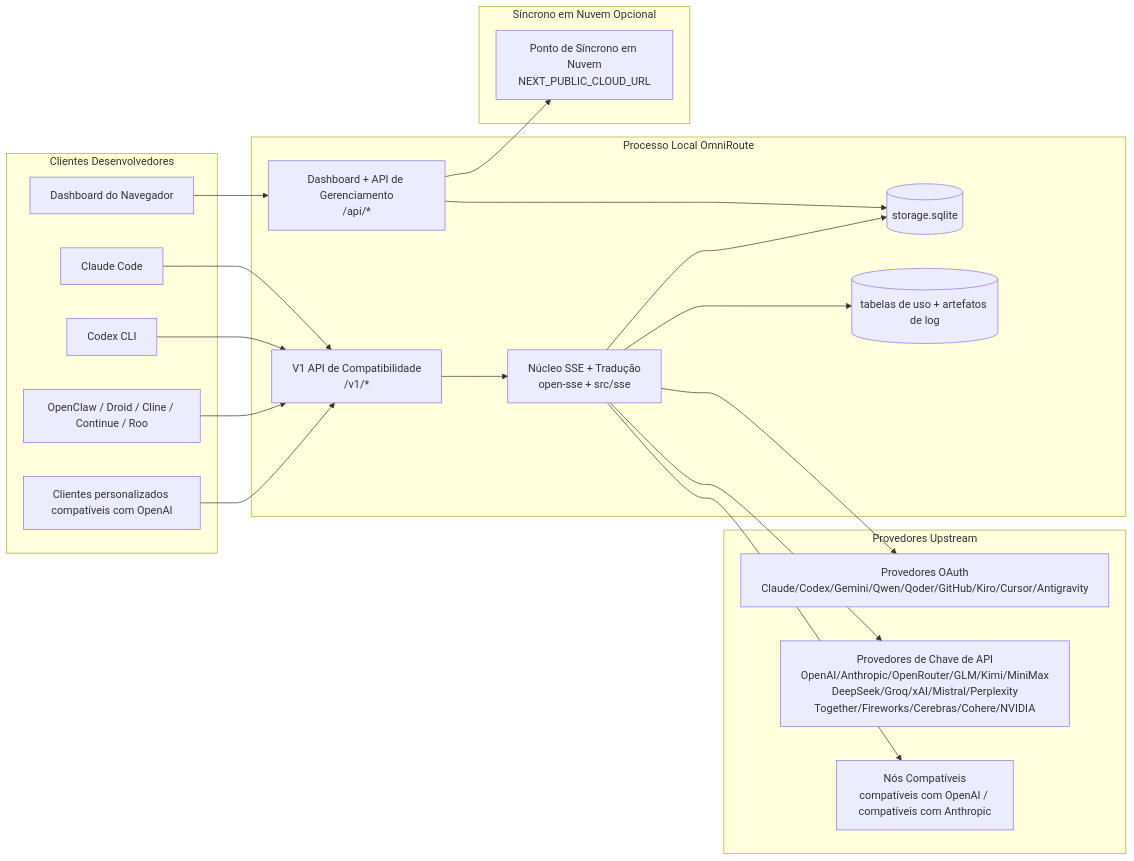
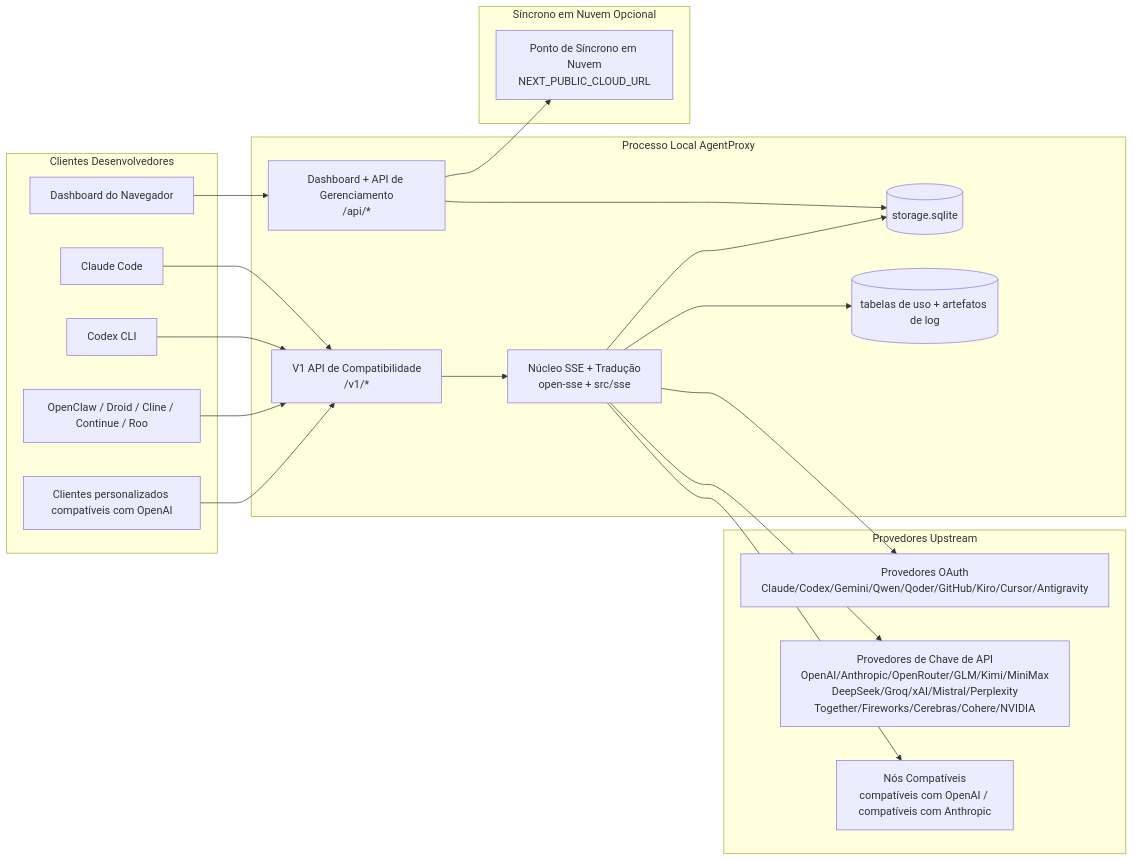
One commit to khanhkit/AgentProxy changed the first of 7 diagrams in docs/i18n/pt-BR/docs/architecture/ARCHITECTURE.md. Above: the diagram before and after it, drawn with Mermaid. The commit also changed other lines of this file and 6043 other files, not shown here.

Commit message:
wip(release): checkpoint AgentProxy identity cleanup

````diff
--- a/docs/i18n/pt-BR/docs/architecture/ARCHITECTURE.md
+++ b/docs/i18n/pt-BR/docs/architecture/ARCHITECTURE.md
@@ -167,45 +167,45 @@
 ```mermaid
 flowchart LR
     subgraph Clients[Clientes Desenvolvedores]
         C1[Claude Code]
         C2[Codex CLI]
         C3[OpenClaw / Droid / Cline / Continue / Roo]
         C4[Clientes personalizados compatíveis com OpenAI]
         BROWSER[Dashboard do Navegador]
     end
 
-    subgraph Router[Processo Local OmniRoute]
+    subgraph Router[Processo Local AgentProxy]
         API[V1 API de Compatibilidade\n/v1/*]
         DASH[Dashboard + API de Gerenciamento\n/api/*]
         CORE[Núcleo SSE + Tradução\nopen-sse + src/sse]
         DB[(storage.sqlite)]
         UDB[(tabelas de uso + artefatos de log)]
     end
 
     subgraph Upstreams[Provedores Upstream]
         P1[Provedores OAuth\nClaude/Codex/Gemini/Qwen/Qoder/GitHub/Kiro/Cursor/Antigravity]
         P2[Provedores de Chave de API\nOpenAI/Anthropic/OpenRouter/GLM/Kimi/MiniMax\nDeepSeek/Groq/xAI/Mistral/Perplexity\nTogether/Fireworks/Cerebras/Cohere/NVIDIA]
         P3[Nós Compatíveis\ncompatíveis com OpenAI / compatíveis com Anthropic]
     end
 
     subgraph Cloud[Síncrono em Nuvem Opcional]
         CLOUD[Ponto de Síncrono em Nuvem\nNEXT_PUBLIC_CLOUD_URL]
     end
 
     C1 --> API
     C2 --> API
     C3 --> API
     C4 --> API
     BROWSER --> DASH
 
     API --> CORE
     DASH --> DB
     CORE --> DB
     CORE --> UDB
 
     CORE --> P1
     CORE --> P2
     CORE --> P3
 
     DASH --> CLOUD
 ```
````
